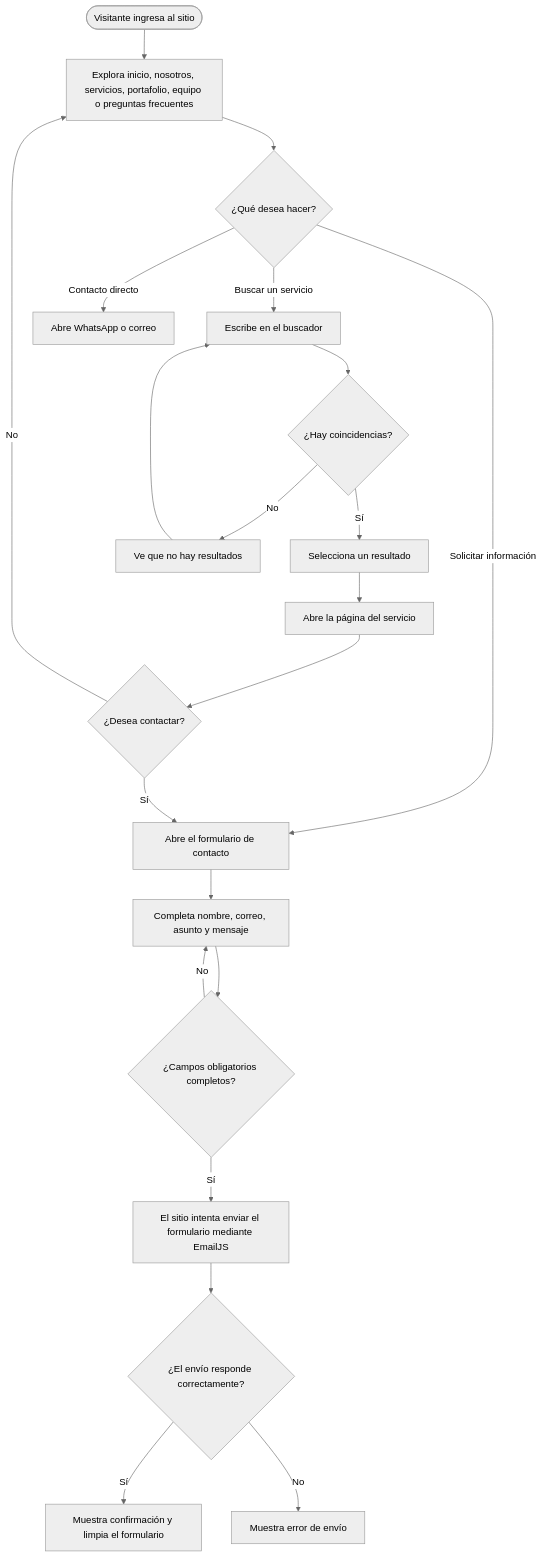
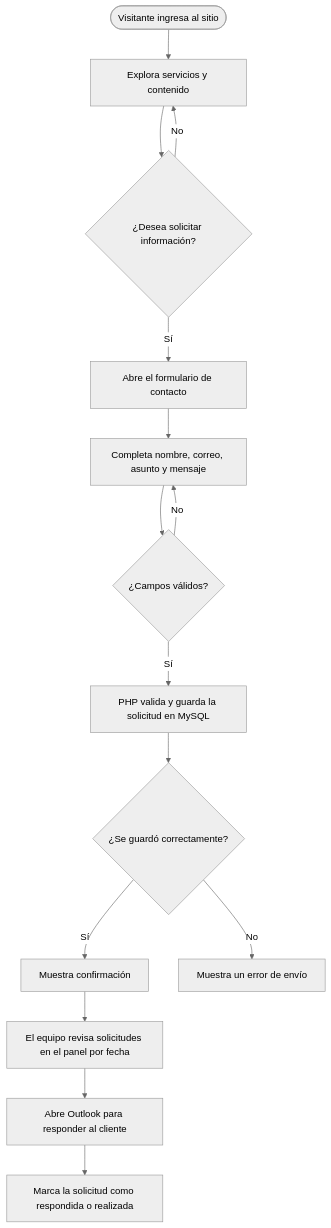
One commit to gonzalogalvan190583-eng/GCtechnical_Solutions changed the first of 3 diagrams in diagramas.md. Above: the diagram before and after it, drawn with Mermaid (neutral theme). The commit also changed other lines of this file and 27 other files, not shown here.

````diff
--- a/diagramas.md
+++ b/diagramas.md
@@ -7,23 +7,17 @@
 ```mermaid
 flowchart TD
-    A([Visitante ingresa al sitio]) --> B[Explora inicio, nosotros, servicios, portafolio, equipo o preguntas frecuentes]
-    B --> C{¿Qué desea hacer?}
-    C -->|Buscar un servicio| D[Escribe en el buscador]
-    D --> E{¿Hay coincidencias?}
-    E -->|Sí| F[Selecciona un resultado]
-    F --> G[Abre la página del servicio]
-    E -->|No| H[Ve que no hay resultados]
-    H --> D
-    C -->|Solicitar información| I[Abre el formulario de contacto]
-    G --> J{¿Desea contactar?}
-    J -->|Sí| I
-    J -->|No| B
-    C -->|Contacto directo| K[Abre WhatsApp o correo]
-    I --> L[Completa nombre, correo, asunto y mensaje]
-    L --> M{¿Campos obligatorios completos?}
-    M -->|No| L
-    M -->|Sí| N[El sitio intenta enviar el formulario mediante EmailJS]
-    N --> O{¿El envío responde correctamente?}
-    O -->|Sí| P[Muestra confirmación y limpia el formulario]
-    O -->|No| Q[Muestra error de envío]
+    A([Visitante ingresa al sitio]) --> B[Explora servicios y contenido]
+    B --> C{¿Desea solicitar información?}
+    C -->|No| B
+    C -->|Sí| D[Abre el formulario de contacto]
+    D --> E[Completa nombre, correo, asunto y mensaje]
+    E --> F{¿Campos válidos?}
+    F -->|No| E
+    F -->|Sí| G[PHP valida y guarda la solicitud en MySQL]
+    G --> H{¿Se guardó correctamente?}
+    H -->|Sí| I[Muestra confirmación]
+    H -->|No| J[Muestra un error de envío]
+    I --> K[El equipo revisa solicitudes en el panel por fecha]
+    K --> L[Abre Outlook para responder al cliente]
+    L --> M[Marca la solicitud como respondida o realizada]
 ```
````
